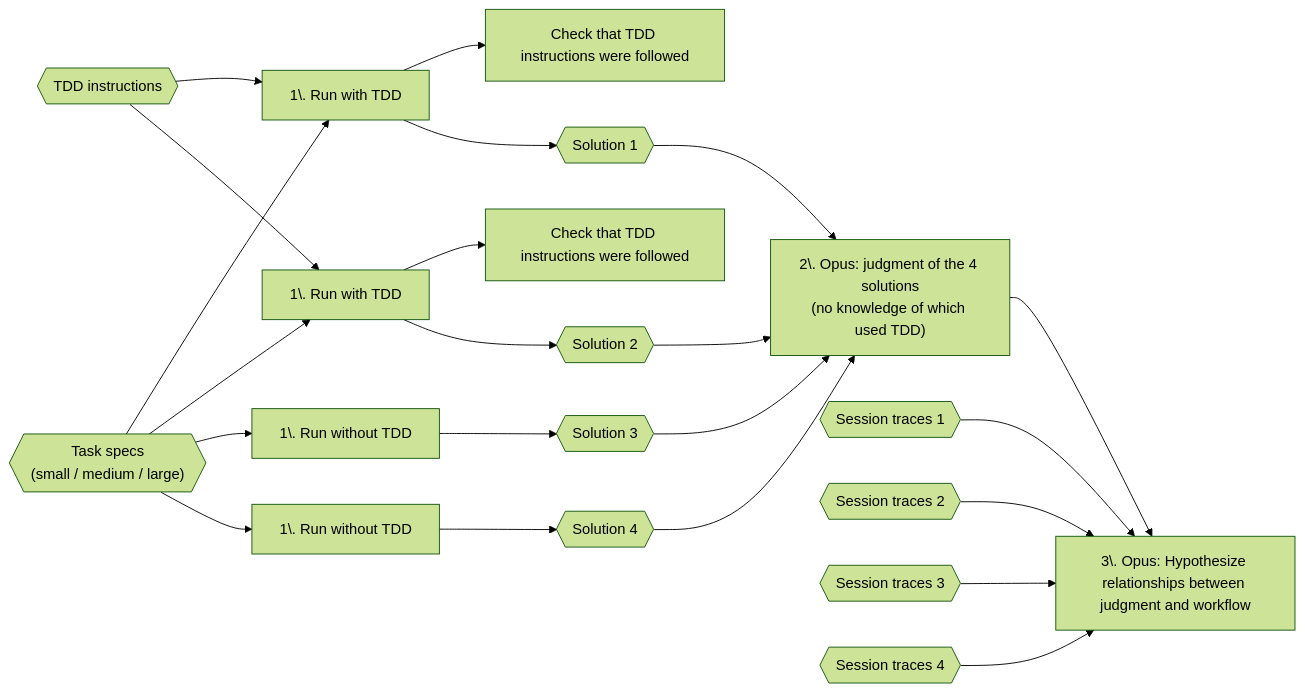
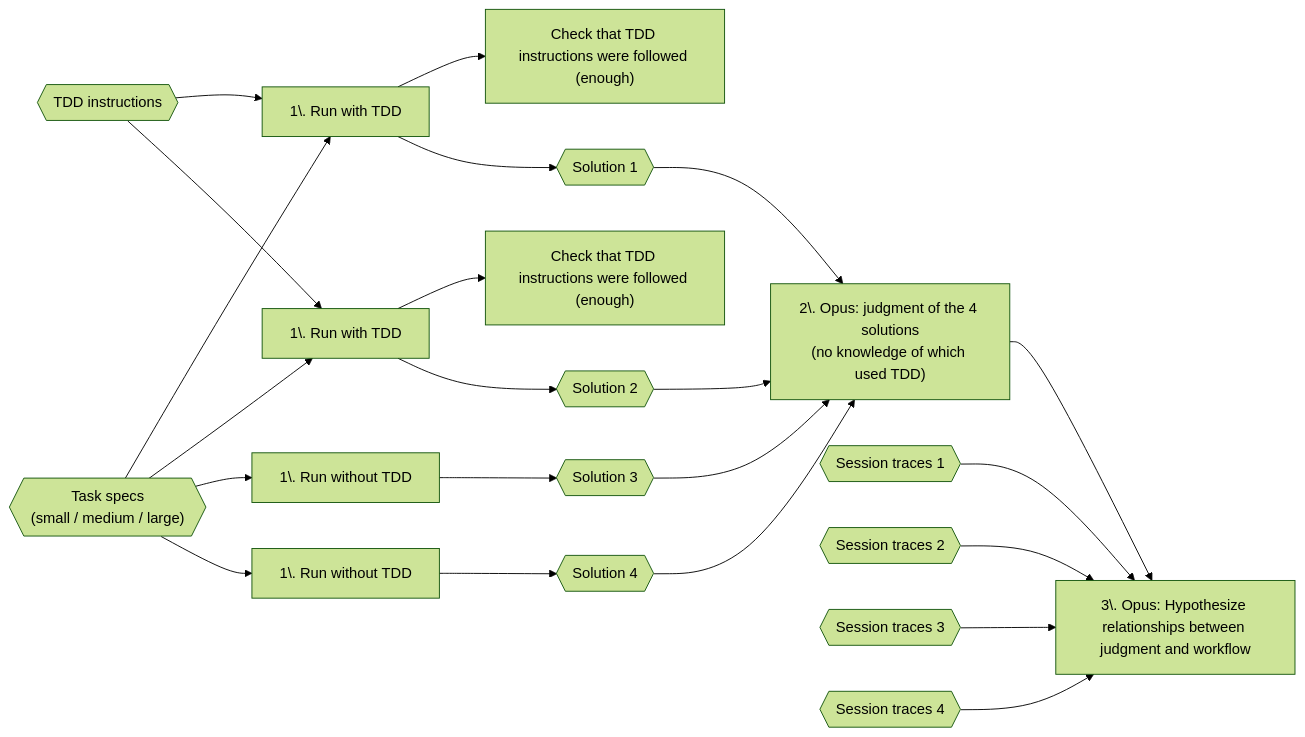
One commit to thedataengineer/tdd-comparisons-karteek changed the diagram in README.md. Above: the diagram before and after it, drawn with Mermaid (forest theme). The commit also changed 12 other files, not shown here.

````diff
--- a/README.md
+++ b/README.md
@@ -24,36 +24,36 @@
 ```mermaid
 
 flowchart LR
 
 TDD{{"TDD instructions"}}
 
 Task{{"Task specs<br/>(small / medium / large)"}}
 
 Task --> R1["1\. Run with TDD"]
 TDD --> R1
-R1 --> RCheck1["Check that TDD instructions were followed"]
+R1 --> RCheck1["Check that TDD instructions were followed (enough)"]
 
 Task --> R2["1\. Run with TDD"]
 TDD --> R2
-R2 --> RCheck2["Check that TDD instructions were followed"]
+R2 --> RCheck2["Check that TDD instructions were followed (enough)"]
 
 Task --> R3["1\. Run without TDD"]
 Task --> R4["1\. Run without TDD"]  
 
 R1 --> S1{{"Solution 1"}}
 R2 --> S2{{"Solution 2"}}
 R3 --> S3{{"Solution 3"}}
 R4 --> S4{{"Solution 4"}}
 
 
 
 S1 & S2 & S3 & S4 --> Rank["2\. Opus: judgment of the 4 solutions<br/>(no knowledge of which used TDD)"]
 
 Rank --> Hyp["3\. Opus: Hypothesize relationships between judgment and workflow"]
 
 ST1{{Session traces 1}} --> Hyp
 ST2{{Session traces 2}} --> Hyp
 ST3{{Session traces 3}} --> Hyp
 ST4{{Session traces 4}} --> Hyp
 
 ```
````
